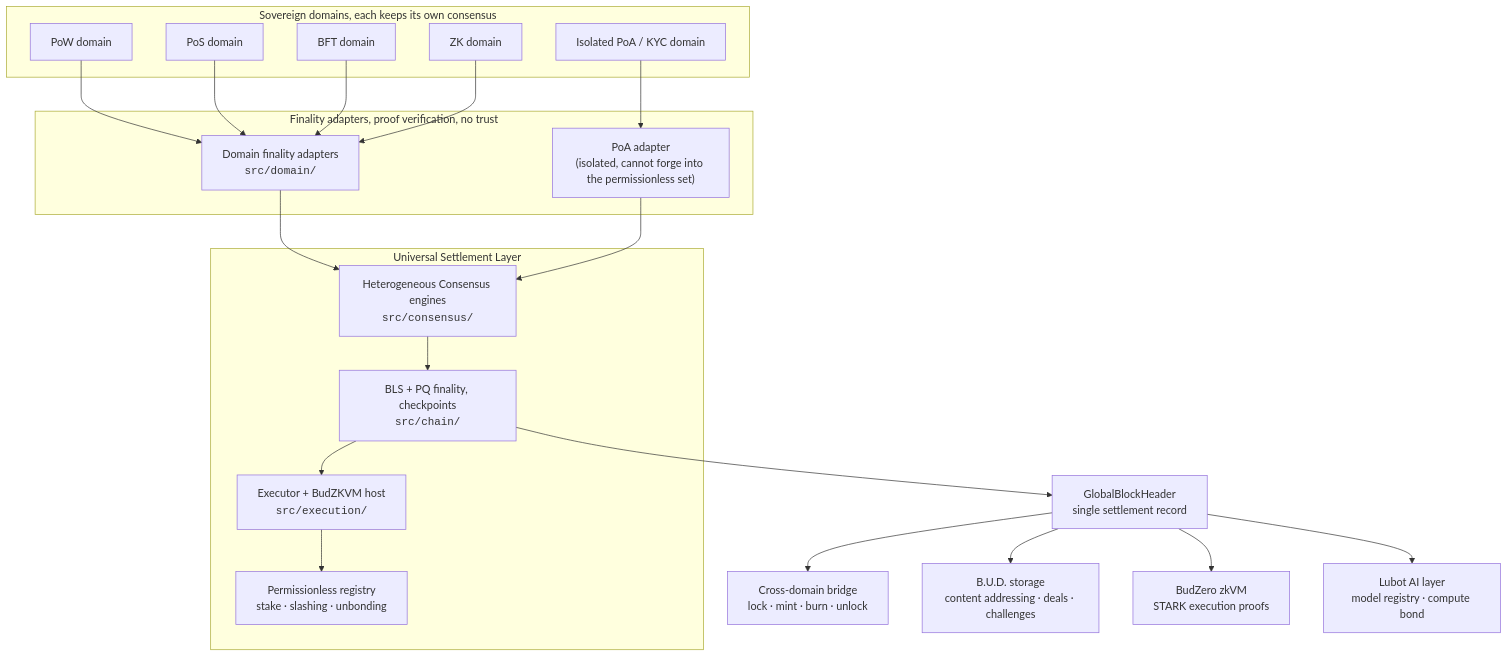
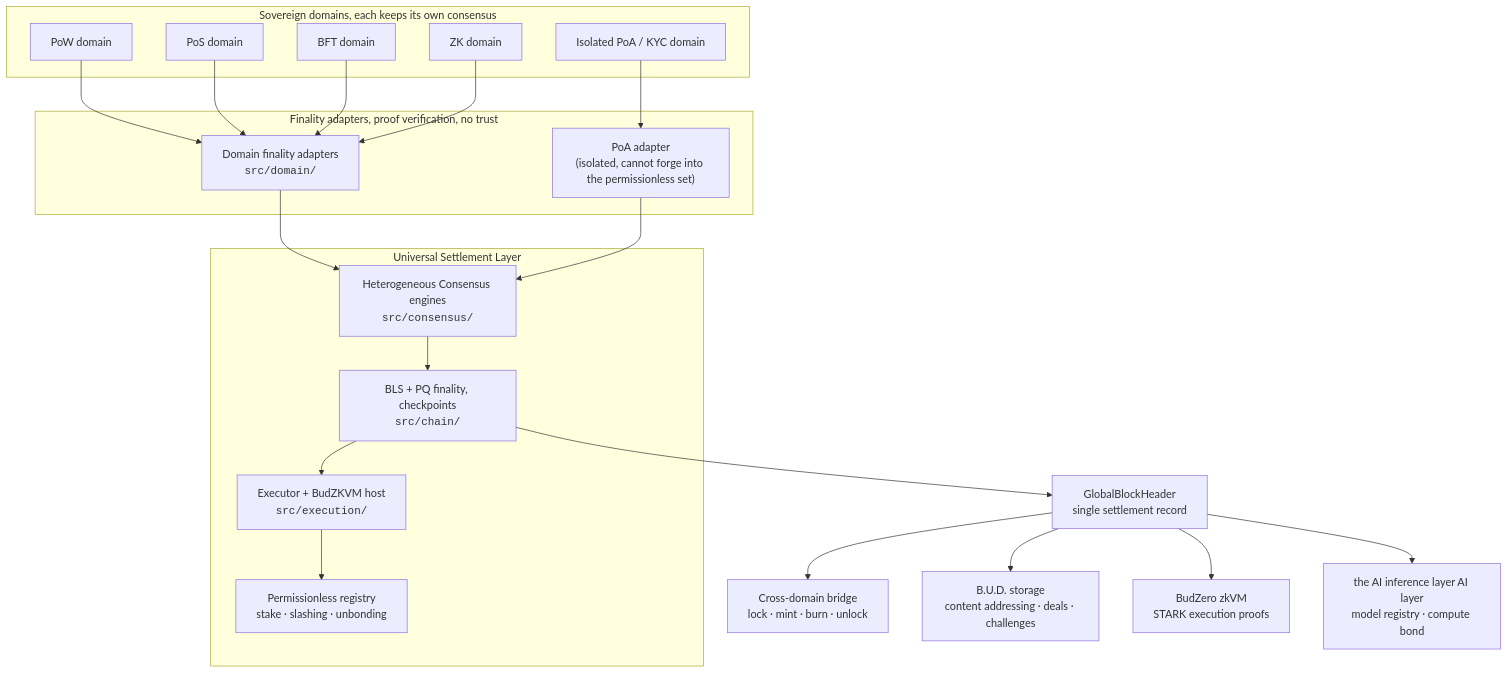
The diagram in README.md (budlum-xyz/budlum), drawn with Mermaid before and after one commit. The commit also changed other lines of this file and 180 other files, not shown here.

Commit message:
budlum the node AI layer is named the AI inference layer

````diff
--- a/README.md
+++ b/README.md
@@ -65,39 +65,39 @@
 ```mermaid
 flowchart TB
   subgraph Domains["Sovereign domains, each keeps its own consensus"]
     PoW["PoW domain"]
     PoS["PoS domain"]
     BFT["BFT domain"]
     ZKD["ZK domain"]
     PoA["Isolated PoA / KYC domain"]
   end
 
   subgraph Adapters["Finality adapters, proof verification, no trust"]
     FA["Domain finality adapters<br/><code>src/domain/</code>"]
     PA["PoA adapter<br/>(isolated, cannot forge into the permissionless set)"]
   end
 
   subgraph USL["Universal Settlement Layer"]
     CONS["Heterogeneous Consensus engines<br/><code>src/consensus/</code>"]
     FIN["BLS + PQ finality, checkpoints<br/><code>src/chain/</code>"]
     EXEC["Executor + BudZKVM host<br/><code>src/execution/</code>"]
     REG["Permissionless registry<br/>stake · slashing · unbonding"]
   end
 
   PoW --> FA
   PoS --> FA
   BFT --> FA
   ZKD --> FA
   PoA --> PA
   FA --> CONS
   PA --> CONS
   CONS --> FIN
   FIN --> EXEC
   EXEC --> REG
 
   FIN --> GBH["GlobalBlockHeader<br/>single settlement record"]
   GBH --> BR["Cross-domain bridge<br/>lock · mint · burn · unlock"]
   GBH --> ST["B.U.D. storage<br/>content addressing · deals · challenges"]
   GBH --> ZK["BudZero zkVM<br/>STARK execution proofs"]
-  GBH --> AI["Lubot AI layer<br/>model registry · compute bond"]
+  GBH --> AI["the AI inference layer AI layer<br/>model registry · compute bond"]
 ```
````
